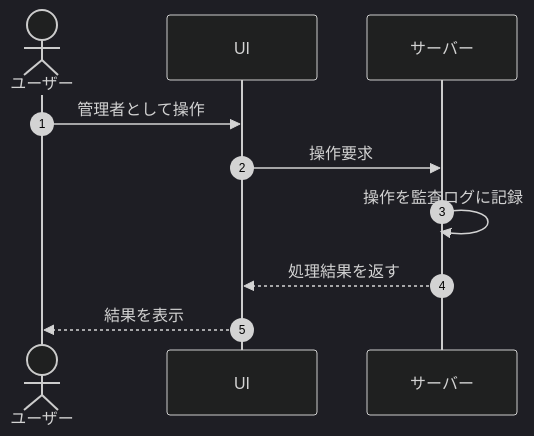
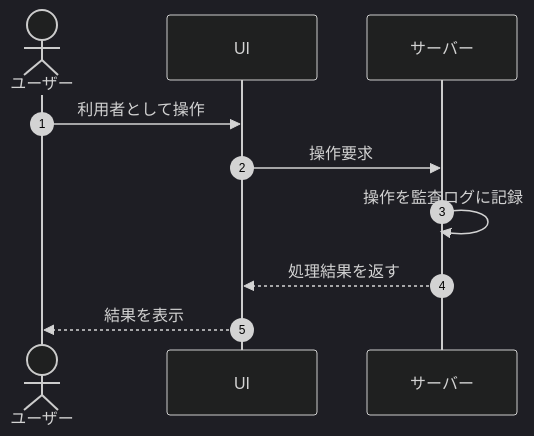
One commit to sikakou54/open-faq changed the ninth of 16 diagrams in 01_requirements/02_functional_requirement/06_security-fr.md. Above: the diagram before and after it, drawn with Mermaid (dark theme). The commit also changed other lines of this file and 294 other files, not shown here.

````diff
--- a/01_requirements/02_functional_requirement/06_security-fr.md
+++ b/01_requirements/02_functional_requirement/06_security-fr.md
@@ -263,12 +263,12 @@
 ```mermaid
 sequenceDiagram
   autonumber
   actor U as ユーザー
   participant UI as UI
   participant S as サーバー
-  U->>UI: 管理者として操作
+  U->>UI: 利用者として操作
   UI->>S: 操作要求
   S->>S: 操作を監査ログに記録
   S-->>UI: 処理結果を返す
   UI-->>U: 結果を表示
 ```
````
